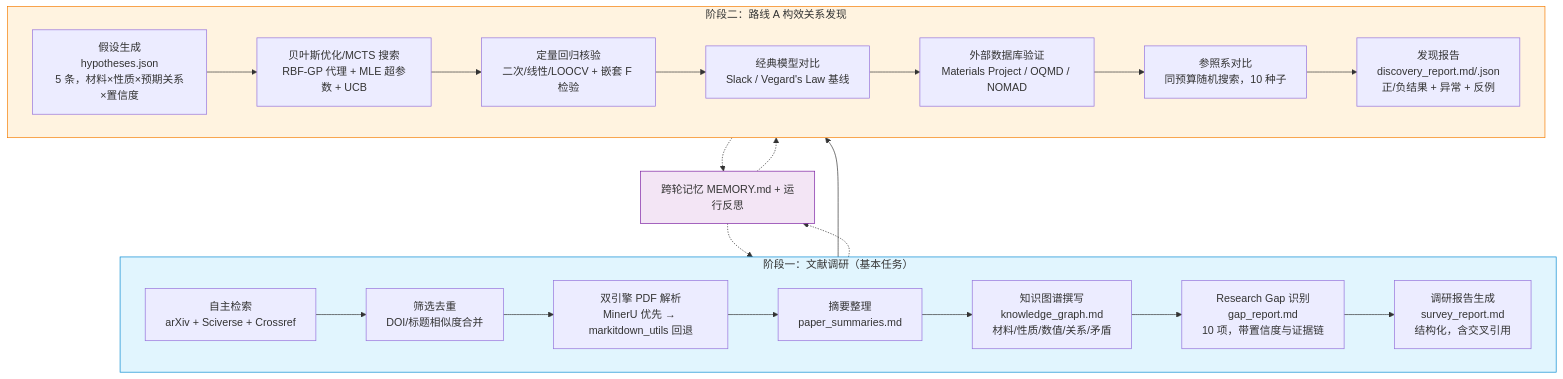
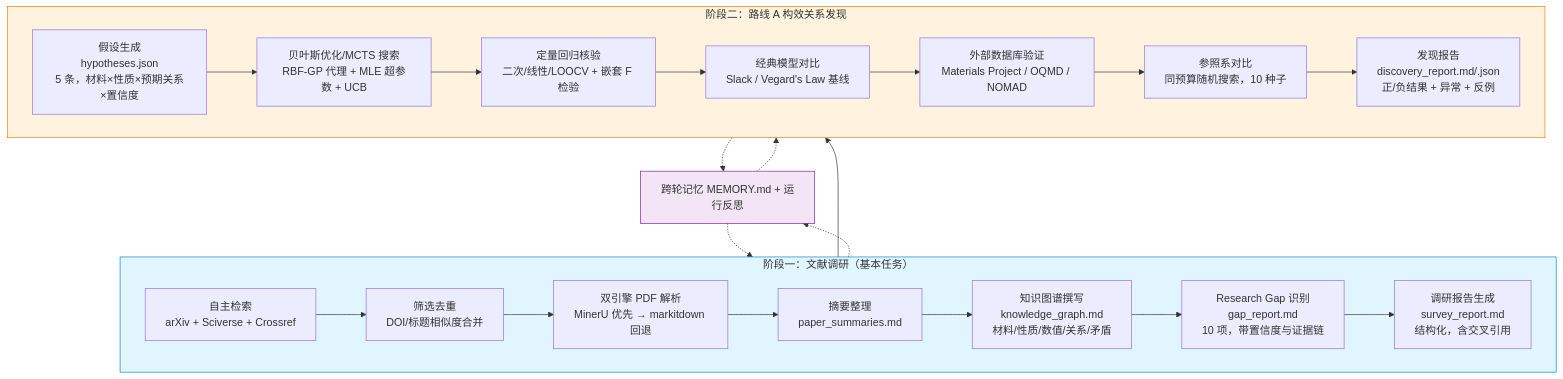
Before and after one commit to Alwayshere-su/pi-agent: the first of 5 diagrams in docs/ARCHITECTURE.md, drawn with Mermaid. The commit also changed other lines of this file and 6 other files, not shown here.

````diff
--- a/docs/ARCHITECTURE.md
+++ b/docs/ARCHITECTURE.md
@@ -10,30 +10,30 @@
 ```mermaid
 flowchart TB
     subgraph Phase1["阶段一：文献调研（基本任务）"]
         A1[自主检索<br/>arXiv + Sciverse + Crossref] --> A2[筛选去重<br/>DOI/标题相似度合并]
-        A2 --> A3[双引擎 PDF 解析<br/>MinerU 优先 → markitdown_utils 回退]
+        A2 --> A3[双引擎 PDF 解析<br/>MinerU 优先 → markitdown 回退]
         A3 --> A4[摘要整理<br/>paper_summaries.md]
         A4 --> A5[知识图谱撰写<br/>knowledge_graph.md<br/>材料/性质/数值/关系/矛盾]
         A5 --> A6[Research Gap 识别<br/>gap_report.md<br/>10 项，带置信度与证据链]
         A6 --> A7[调研报告生成<br/>survey_report.md<br/>结构化，含交叉引用]
     end
 
     subgraph Phase2["阶段二：路线 A 构效关系发现"]
         B1[假设生成<br/>hypotheses.json<br/>5 条，材料×性质×预期关系×置信度] --> B2[贝叶斯优化/MCTS 搜索<br/>RBF-GP 代理 + MLE 超参数 + UCB]
         B2 --> B3[定量回归核验<br/>二次/线性/LOOCV + 嵌套 F 检验]
         B3 --> B4[经典模型对比<br/>Slack / Vegard's Law 基线]
         B4 --> B5[外部数据库验证<br/>Materials Project / OQMD / NOMAD]
         B5 --> B6[参照系对比<br/>同预算随机搜索，10 种子]
         B6 --> B7[发现报告<br/>discovery_report.md/.json<br/>正/负结果 + 异常 + 反例]
     end
 
     Phase1 --> Phase2
     Memory["跨轮记忆 MEMORY.md + 运行反思"] -.-> Phase1
     Memory -.-> Phase2
     Phase1 -.-> Memory
     Phase2 -.-> Memory
 
     style Phase1 fill:#e1f5fe,stroke:#0288d1
     style Phase2 fill:#fff3e0,stroke:#f57c00
     style Memory fill:#f3e5f5,stroke:#7b1fa2
 ```
````
